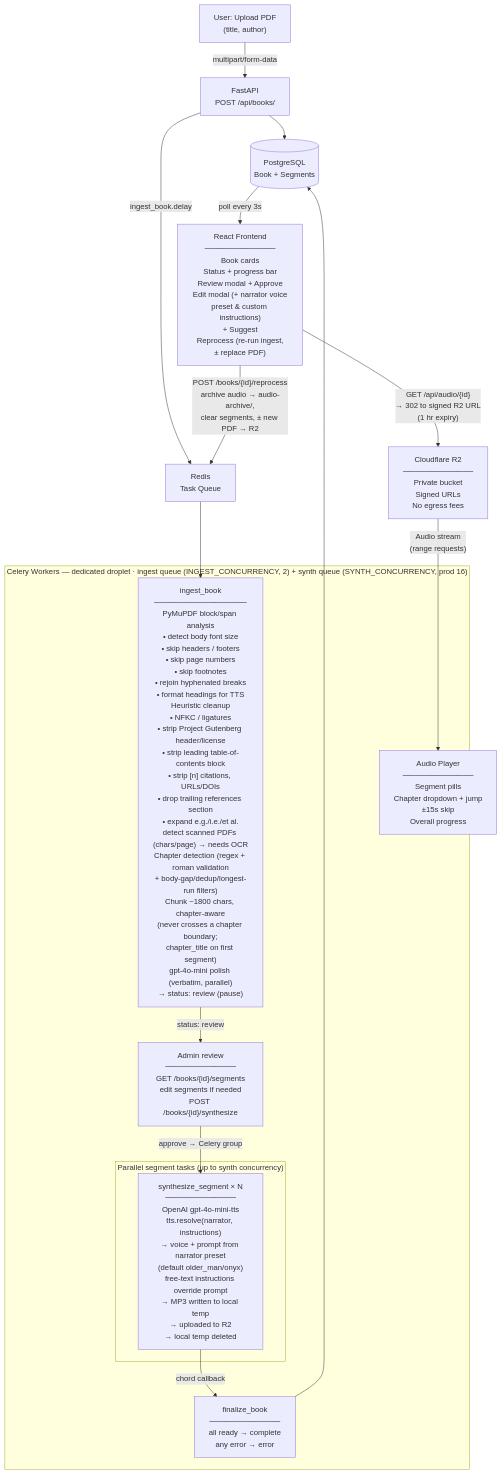
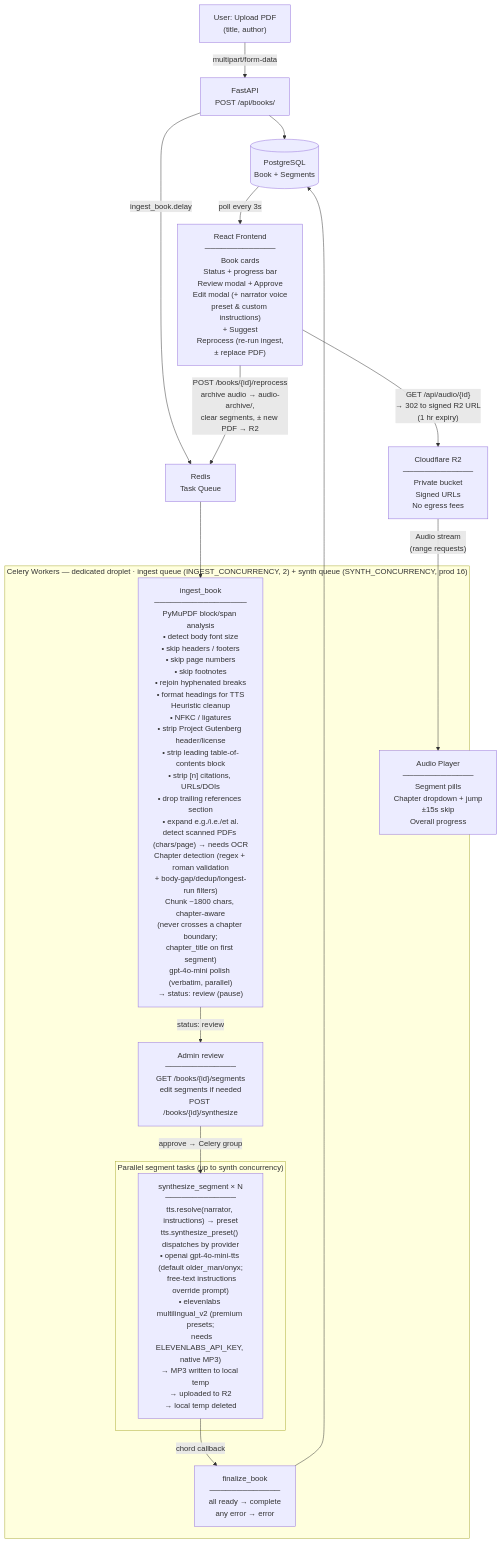
Before and after one commit to antispiraldev/AudioBookLib: the diagram in PIPELINE.md, drawn with Mermaid. The commit also changed 6 other files, not shown here.

First line of the commit message:
feat(tts): multi-provider synthesis + ElevenLabs/Gemini in the A/B harness

````diff
--- a/PIPELINE.md
+++ b/PIPELINE.md
@@ -3,37 +3,37 @@
 ```mermaid
 flowchart TD
     Upload["User: Upload PDF\n(title, author)"]
     API["FastAPI\nPOST /api/books/"]
     DB[("PostgreSQL\nBook + Segments")]
     Queue["Redis\nTask Queue"]
 
     Upload -->|multipart/form-data| API
     API --> DB
     API -->|ingest_book.delay| Queue
 
     Queue --> Ingest
 
     subgraph Worker ["Celery Workers — dedicated droplet · ingest queue (INGEST_CONCURRENCY, 2) + synth queue (SYNTH_CONCURRENCY, prod 16)"]
         Ingest["ingest_book\n─────────────────\nPyMuPDF block/span analysis\n• detect body font size\n• skip headers / footers\n• skip page numbers\n• skip footnotes\n• rejoin hyphenated breaks\n• format headings for TTS\nHeuristic cleanup\n• NFKC / ligatures\n• strip Project Gutenberg header/license\n• strip leading table-of-contents block\n• strip [n] citations, URLs/DOIs\n• drop trailing references section\n• expand e.g./i.e./et al.\ndetect scanned PDFs (chars/page) → needs OCR\nChapter detection (regex + roman validation\n+ body-gap/dedup/longest-run filters)\nChunk ~1800 chars, chapter-aware\n(never crosses a chapter boundary;\nchapter_title on first segment)\ngpt-4o-mini polish (verbatim, parallel)\n→ status: review (pause)"]
 
         Review["Admin review\n─────────────\nGET /books/{id}/segments\nedit segments if needed\nPOST /books/{id}/synthesize"]
         Ingest -->|"status: review"| Review
         Review -->|"approve → Celery group"| Synth
 
         subgraph Parallel ["Parallel segment tasks (up to synth concurrency)"]
-            Synth["synthesize_segment × N\n─────────────\nOpenAI gpt-4o-mini-tts\ntts.resolve(narrator, instructions)\n→ voice + prompt from narrator preset\n(default older_man/onyx)\nfree-text instructions override prompt\n→ MP3 written to local temp\n→ uploaded to R2\n→ local temp deleted"]
+            Synth["synthesize_segment × N\n─────────────\ntts.resolve(narrator, instructions) → preset\ntts.synthesize_preset() dispatches by provider\n• openai gpt-4o-mini-tts (default older_man/onyx;\n  free-text instructions override prompt)\n• elevenlabs multilingual_v2 (premium presets;\n  needs ELEVENLABS_API_KEY, native MP3)\n→ MP3 written to local temp\n→ uploaded to R2\n→ local temp deleted"]
         end
 
         Synth -->|"chord callback"| Finalize
         Finalize["finalize_book\n─────────────\nall ready → complete\nany error  → error"]
     end
 
     Finalize --> DB
 
     DB -->|"poll every 3s"| Frontend
     Frontend["React Frontend\n─────────────\nBook cards\nStatus + progress bar\nReview modal + Approve\nEdit modal (+ narrator voice\npreset & custom instructions)\n+ Suggest\nReprocess (re-run ingest,\n± replace PDF)"]
     Frontend -->|"POST /books/{id}/reprocess\narchive audio → audio-archive/,\nclear segments, ± new PDF → R2"| Queue
     Frontend -->|"GET /api/audio/{id}\n→ 302 to signed R2 URL\n(1 hr expiry)"| R2
     R2["Cloudflare R2\n─────────────\nPrivate bucket\nSigned URLs\nNo egress fees"]
     R2 -->|"Audio stream\n(range requests)"| Player["Audio Player\n─────────────\nSegment pills\nChapter dropdown + jump\n±15s skip\nOverall progress"]
 ```
````
